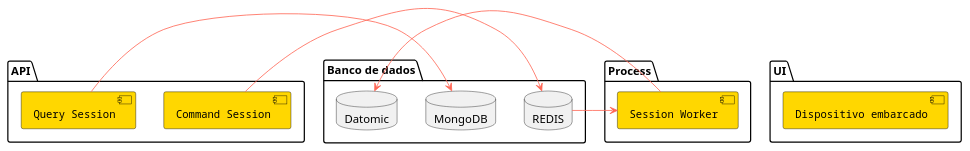
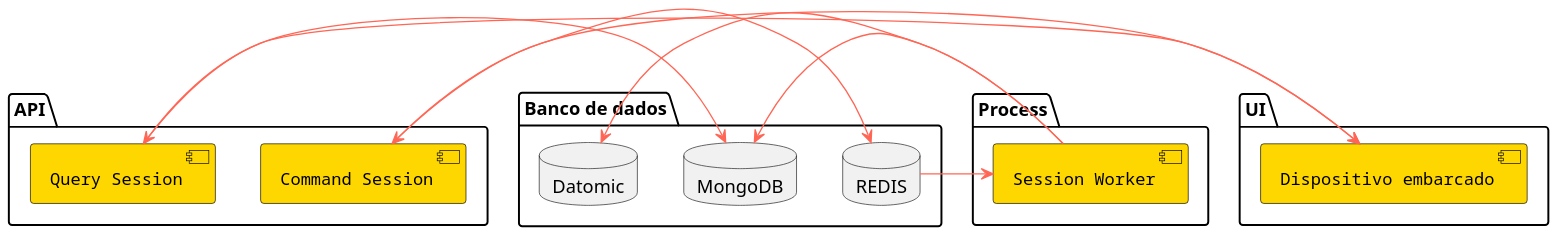
One commit to alexcvcoelho-gabrielgio/doc changed the diagram in estrutura geral.puml. Above: the diagram before and after it, drawn with PlantUML. The commit also changed 1 other file, not shown here.

```diff
--- a/estrutura geral.puml
+++ b/estrutura geral.puml
@@ -1,45 +1,52 @@
 @startuml
 
 skinparam interface {
   backgroundColor RosyBrown
   borderColor orange
 }
+
+
+scale 1920*1080
 
 skinparam component {
   FontSize 13
   BackgroundColor<<Apache>> Red
   BorderColor<<Apache>> #FF6655
   FontName Courier
   BorderColor black
   BackgroundColor gold
   ArrowFontName Impact
   ArrowColor #FF6655
   ArrowFontColor #777777
 }
 
 package "UI" {
     [Dispositivo embarcado]
 }
 
 package "API"{
     [Command Session]
     [Query Session]
 }
 
 package "Banco de dados"{
     database REDIS
     database MongoDB
     database Datomic
 }
 
 
 package "Process"{
     [Session Worker]
 }
 
 [Command Session] -right-> REDIS
 [Query Session] -right-> MongoDB
 REDIS -left-> [Session Worker]
 [Session Worker] -right-> Datomic
+[Session Worker] -right-> MongoDB
+
+[Dispositivo embarcado] <-right-> [Command Session]
+[Dispositivo embarcado] <-right-> [Query Session]
 
 @enduml
```
